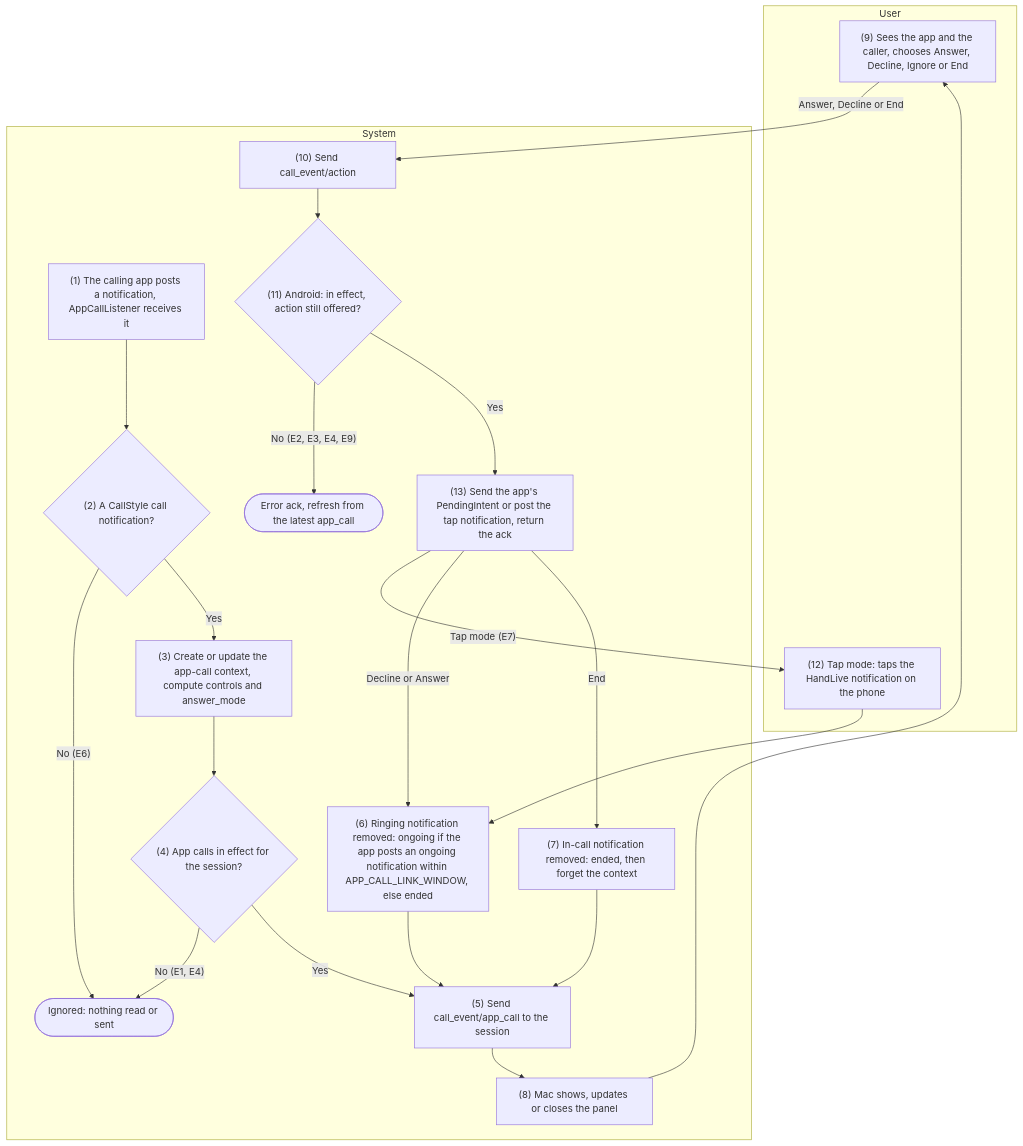
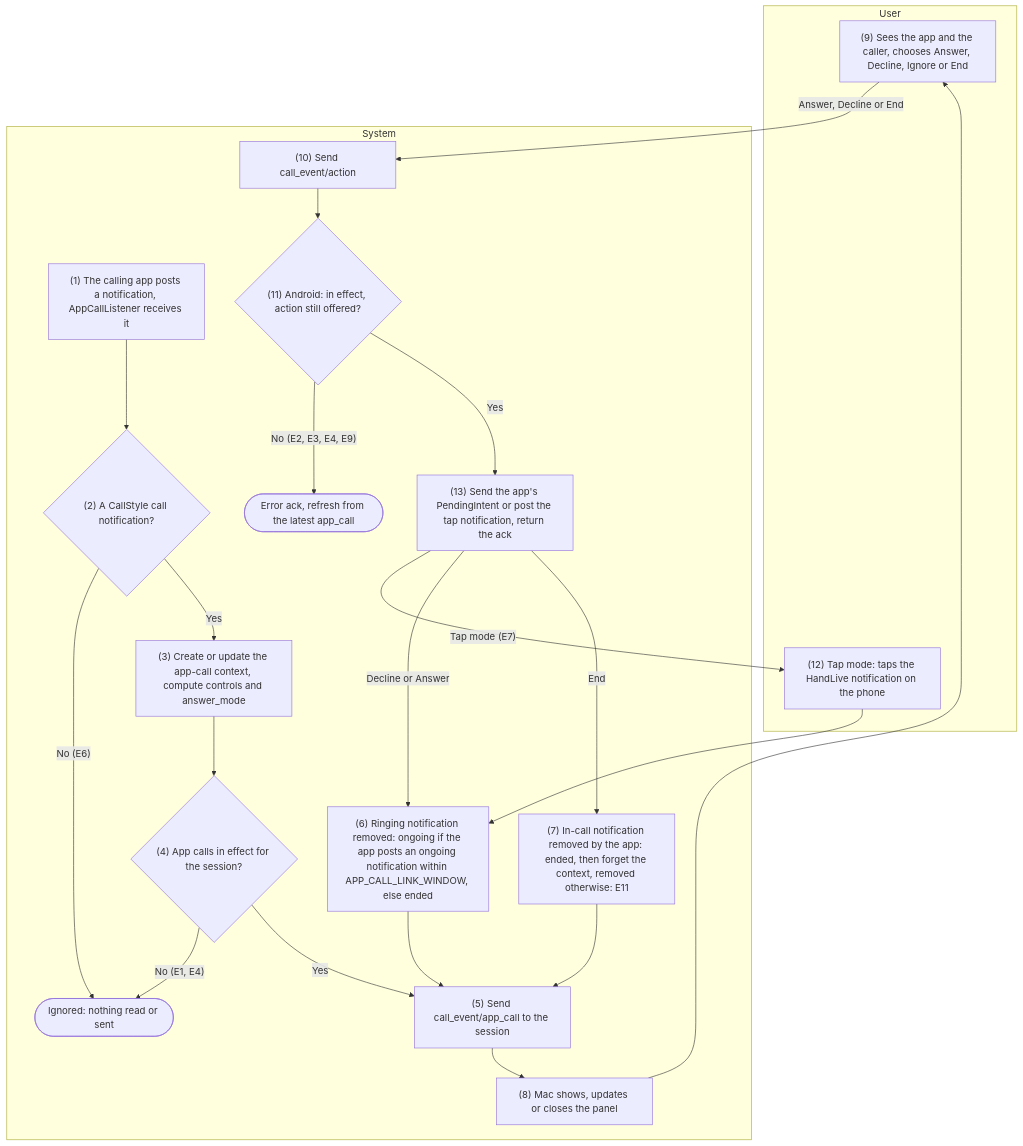
Before and after one commit to HandLive/handlive: the fifth of 5 diagrams in docs/detailed-design/06-call-control.md, drawn with Mermaid. The commit also changed other lines of this file and 1 other file, not shown here.

First line of the commit message:
docs(design): an app call outlives an in-call notification the user swipes away

````diff
--- a/docs/detailed-design/06-call-control.md
+++ b/docs/detailed-design/06-call-control.md
@@ -1508,33 +1508,33 @@
 ```mermaid
 flowchart TB
   subgraph ND["User"]
     U9["(9) Sees the app and the caller, chooses Answer, Decline, Ignore or End"]
     U12["(12) Tap mode: taps the HandLive notification on the phone"]
   end
   subgraph HT["System"]
     S1["(1) The calling app posts a notification, AppCallListener receives it"]
     D2{"(2) A CallStyle call notification?"}
     S3["(3) Create or update the app-call context, compute controls and answer_mode"]
     D4{"(4) App calls in effect for the session?"}
     S5["(5) Send call_event/app_call to the session"]
     S6["(6) Ringing notification removed: ongoing if the app posts an ongoing notification within APP_CALL_LINK_WINDOW, else ended"]
-    S7["(7) In-call notification removed: ended, then forget the context"]
+    S7["(7) In-call notification removed by the app: ended, then forget the context, removed otherwise: E11"]
     S8["(8) Mac shows, updates or closes the panel"]
     S10["(10) Send call_event/action"]
     D11{"(11) Android: in effect, action still offered?"}
     S13["(13) Send the app's PendingIntent or post the tap notification, return the ack"]
     X1(["Ignored: nothing read or sent"])
     X2(["Error ack, refresh from the latest app_call"])
   end
   S1 --> D2
   D2 -- "No (E6)" --> X1
   D2 -- "Yes" --> S3 --> D4
   D4 -- "No (E1, E4)" --> X1
   D4 -- "Yes" --> S5 --> S8 --> U9
   U9 -- "Answer, Decline or End" --> S10 --> D11
   D11 -- "No (E2, E3, E4, E9)" --> X2
   D11 -- "Yes" --> S13
   S13 -- "Tap mode (E7)" --> U12 --> S6
   S13 -- "Decline or Answer" --> S6 --> S5
   S13 -- "End" --> S7 --> S5
 ```
````
